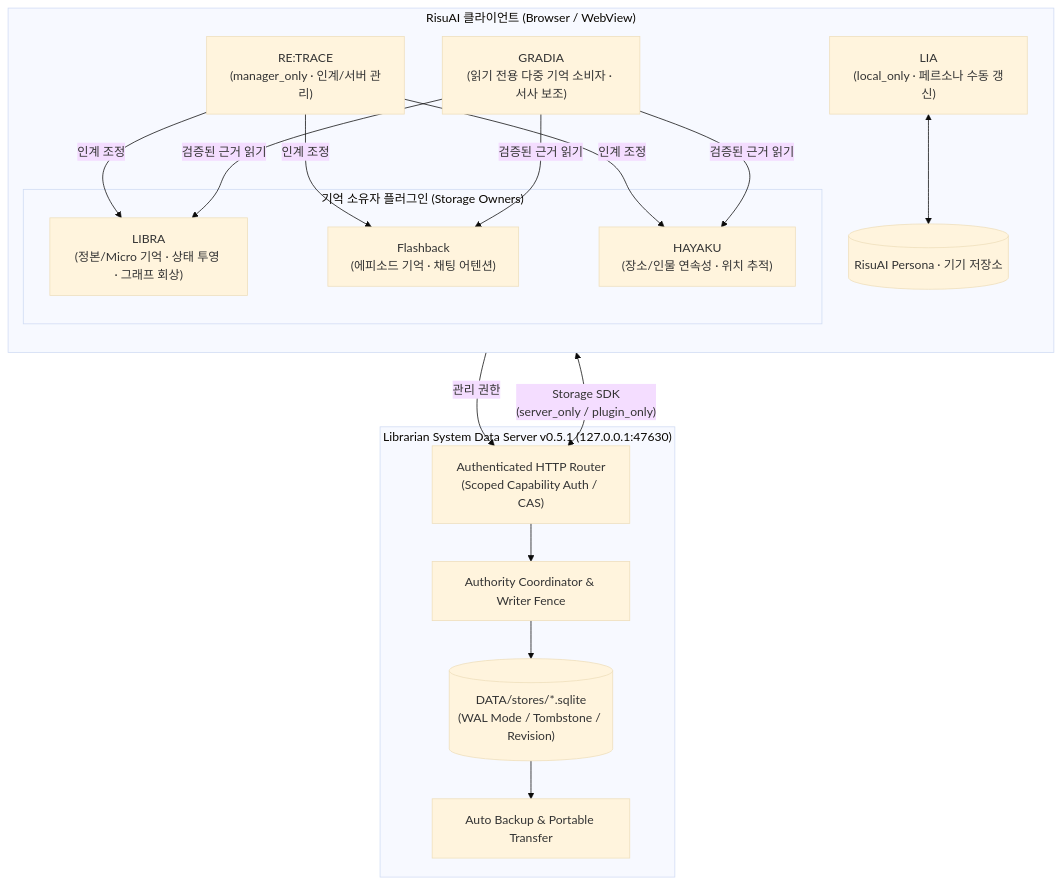
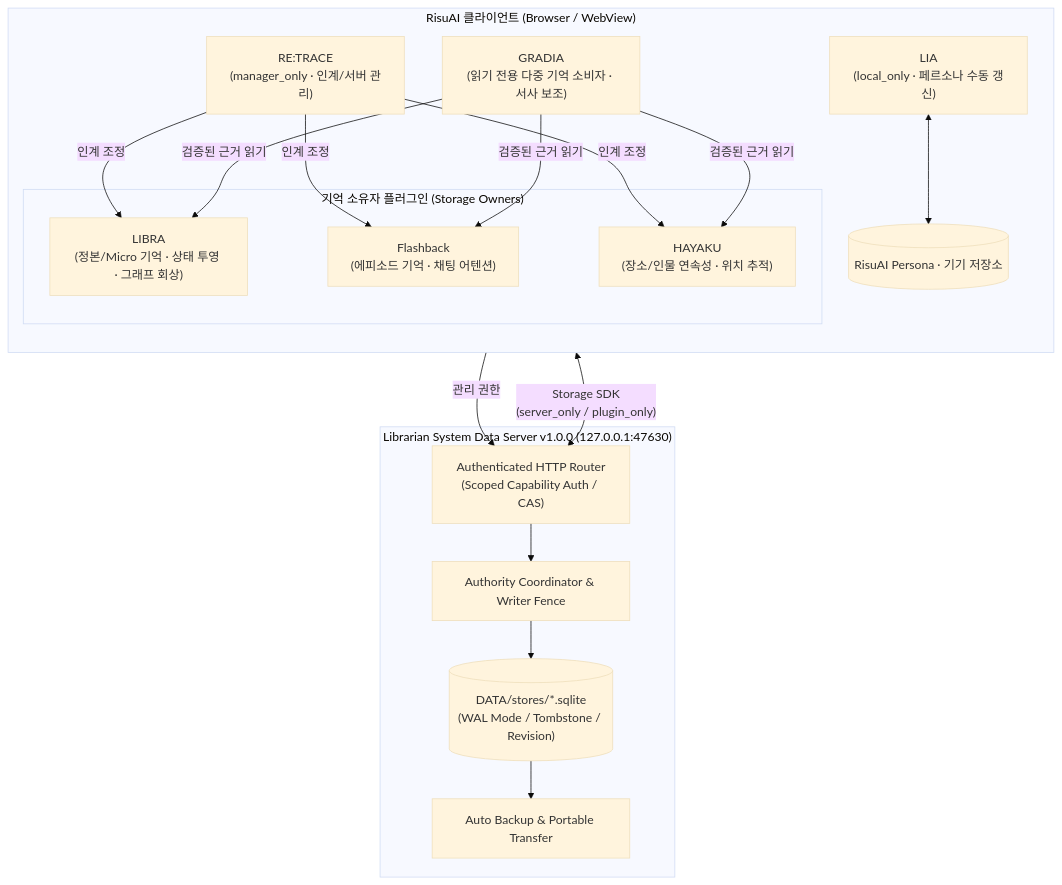
One commit to rusinus12-droid/Librarian-System changed the diagram in README.md. Above: the diagram before and after it, drawn with Mermaid (base theme). The commit also changed other lines of this file and 19 other files, not shown here.

````diff
--- a/README.md
+++ b/README.md
@@ -40,30 +40,30 @@
 ```mermaid
 flowchart TB
     subgraph Host["RisuAI 클라이언트 (Browser / WebView)"]
         direction TB
         subgraph Owners["기억 소유자 플러그인 (Storage Owners)"]
             LIBRA["LIBRA<br/>(정본/Micro 기억 · 상태 투영 · 그래프 회상)"]
             FB["Flashback<br/>(에피소드 기억 · 채팅 어텐션)"]
             HAYAKU["HAYAKU<br/>(장소/인물 연속성 · 위치 추적)"]
         end
         LIA["LIA<br/>(local_only · 페르소나 수동 갱신)"]
         Persona[("RisuAI Persona · 기기 저장소")]
         LIA <--> Persona
         RETRACE["RE:TRACE<br/>(manager_only · 인계/서버 관리)"]
         RETRACE -->|인계 조정| LIBRA & FB & HAYAKU
         GRADIA["GRADIA<br/>(읽기 전용 다중 기억 소비자 · 서사 보조)"]
         GRADIA -->|검증된 근거 읽기| LIBRA & FB & HAYAKU
     end
 
-    subgraph Server["Librarian System Data Server v0.5.1 (127.0.0.1:47630)"]
+    subgraph Server["Librarian System Data Server v1.0.0 (127.0.0.1:47630)"]
         Router["Authenticated HTTP Router<br/>(Scoped Capability Auth / CAS)"]
         Coord["Authority Coordinator & Writer Fence"]
         SQLite[("DATA/stores/*.sqlite<br/>(WAL Mode / Tombstone / Revision)")]
         Backup["Auto Backup & Portable Transfer"]
         Router --> Coord --> SQLite
         SQLite --> Backup
     end
 
     Owners <-->|"Storage SDK<br/>(server_only / plugin_only)"| Router
     RETRACE -->|관리 권한| Router
 ```
````
